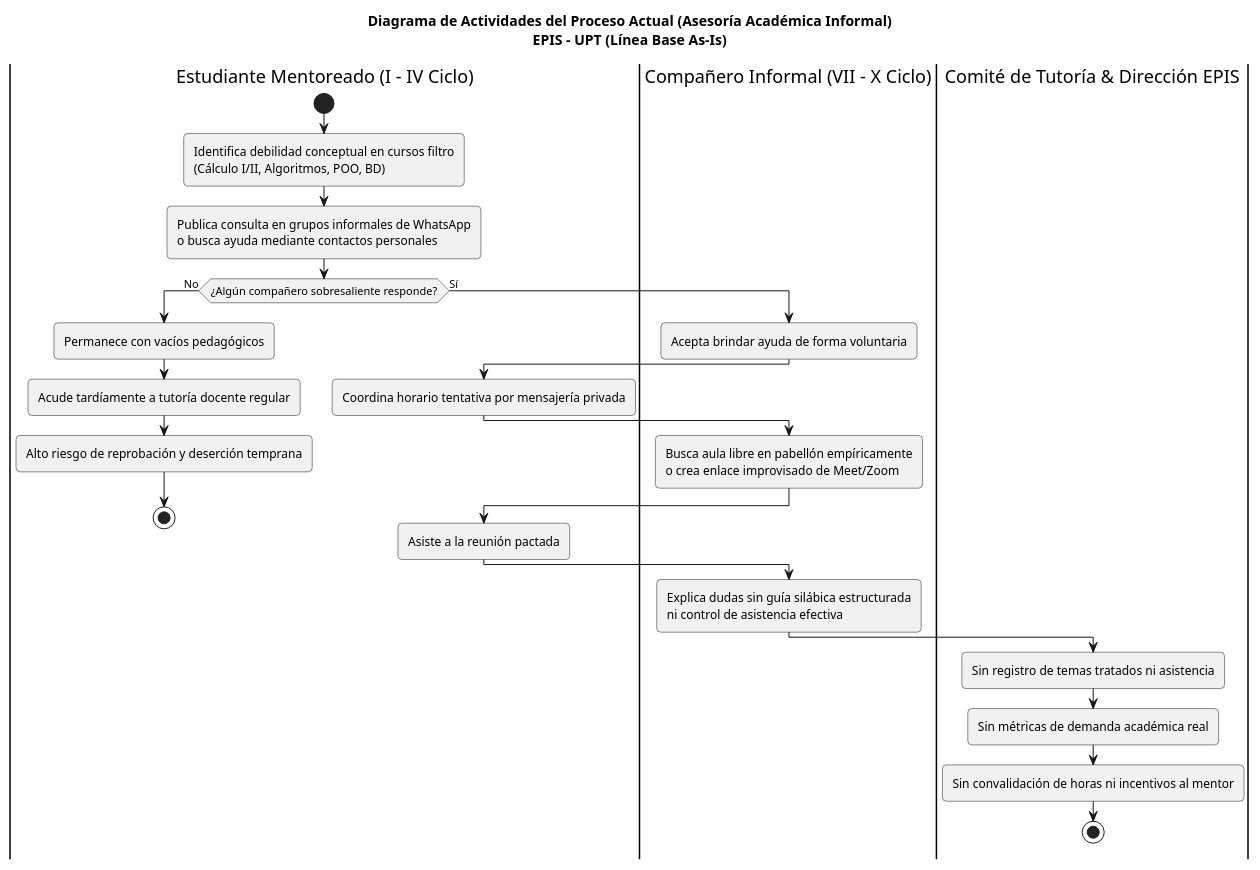
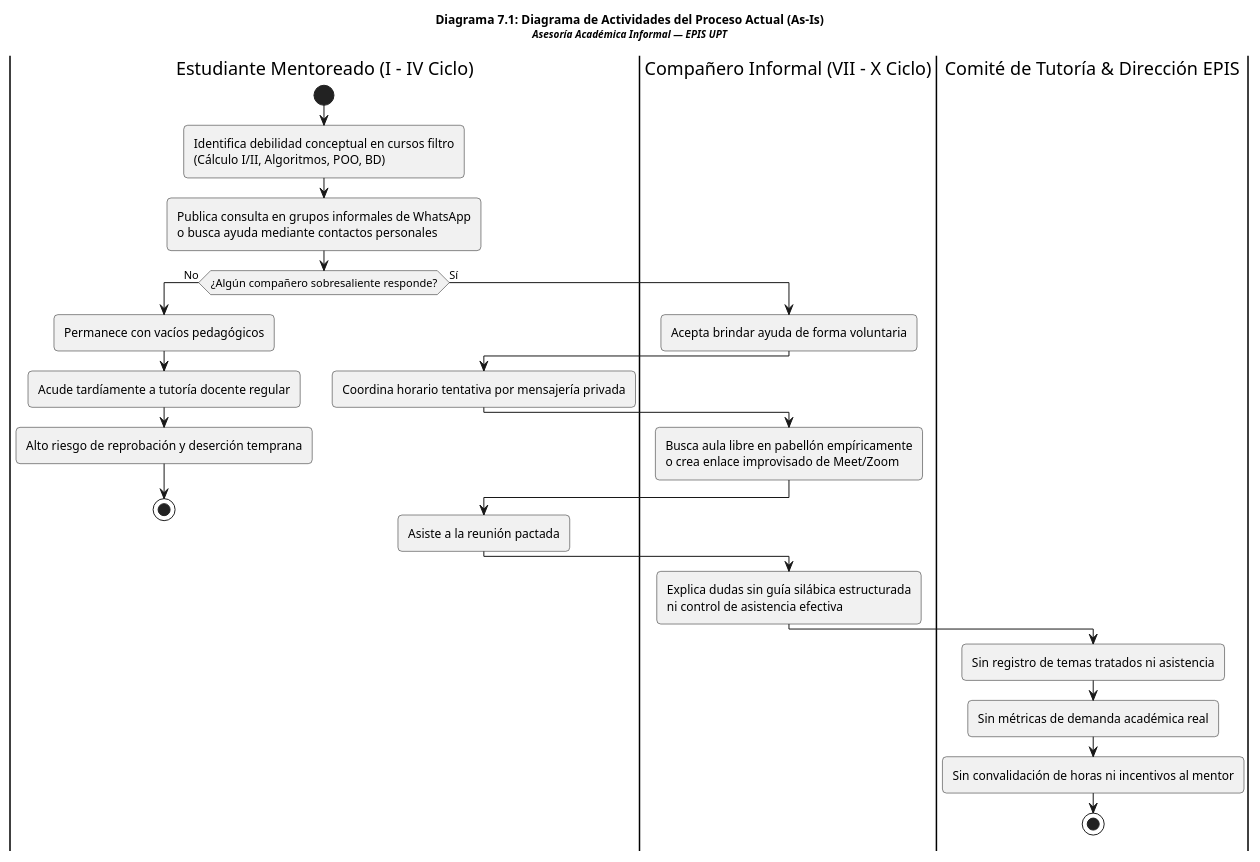
Before and after one commit to JMedina255/sistema_web_p2p: the eighth of 12 diagrams in docs/FD04-EPIS-Informe SAD de Proyecto.md, drawn with PlantUML. The commit also changed other lines of this file and 1 other file, not shown here.

Commit message:
docs: validar y elevar nivel tecnico del SAD (FD04) y boveda general con titulos formales, optimizacion de layout C4 y depuracion de texto

````diff
--- a/docs/FD04-EPIS-Informe SAD de Proyecto.md
+++ b/docs/FD04-EPIS-Informe SAD de Proyecto.md
@@ -974,42 +966,42 @@
 ```plantuml
 @startuml
-title Diagrama de Actividades del Proceso Actual (Asesoría Académica Informal)\nEPIS - UPT (Línea Base As-Is)
+title <size:12><b>Diagrama 7.1: Diagrama de Actividades del Proceso Actual (As-Is)</b></size>\n<size:10><i>Asesoría Académica Informal — EPIS UPT</i></size>
 
 skinparam shadowing false
 skinparam roundcorner 8
 skinparam defaultFontName Arial
 skinparam fontSize 10
 
 |Estudiante Mentoreado (I - IV Ciclo)|
 start
 :Identifica debilidad conceptual en cursos filtro\n(Cálculo I/II, Algoritmos, POO, BD);
 :Publica consulta en grupos informales de WhatsApp\no busca ayuda mediante contactos personales;
 
 if (¿Algún compañero sobresaliente responde?) then (No)
   :Permanece con vacíos pedagógicos;
   :Acude tardíamente a tutoría docente regular;
   :Alto riesgo de reprobación y deserción temprana;
   stop
 else (Sí)
   |Compañero Informal (VII - X Ciclo)|
   :Acepta brindar ayuda de forma voluntaria;
   |Estudiante Mentoreado (I - IV Ciclo)|
   :Coordina horario tentativa por mensajería privada;
   
   |Compañero Informal (VII - X Ciclo)|
   :Busca aula libre en pabellón empíricamente\no crea enlace improvisado de Meet/Zoom;
   
   |Estudiante Mentoreado (I - IV Ciclo)|
   :Asiste a la reunión pactada;
   
   |Compañero Informal (VII - X Ciclo)|
   :Explica dudas sin guía silábica estructurada\nni control de asistencia efectiva;
   
   |Comité de Tutoría & Dirección EPIS|
   :Sin registro de temas tratados ni asistencia;
   :Sin métricas de demanda académica real;
   :Sin convalidación de horas ni incentivos al mentor;
   stop
 endif
 @enduml
 ```
````
